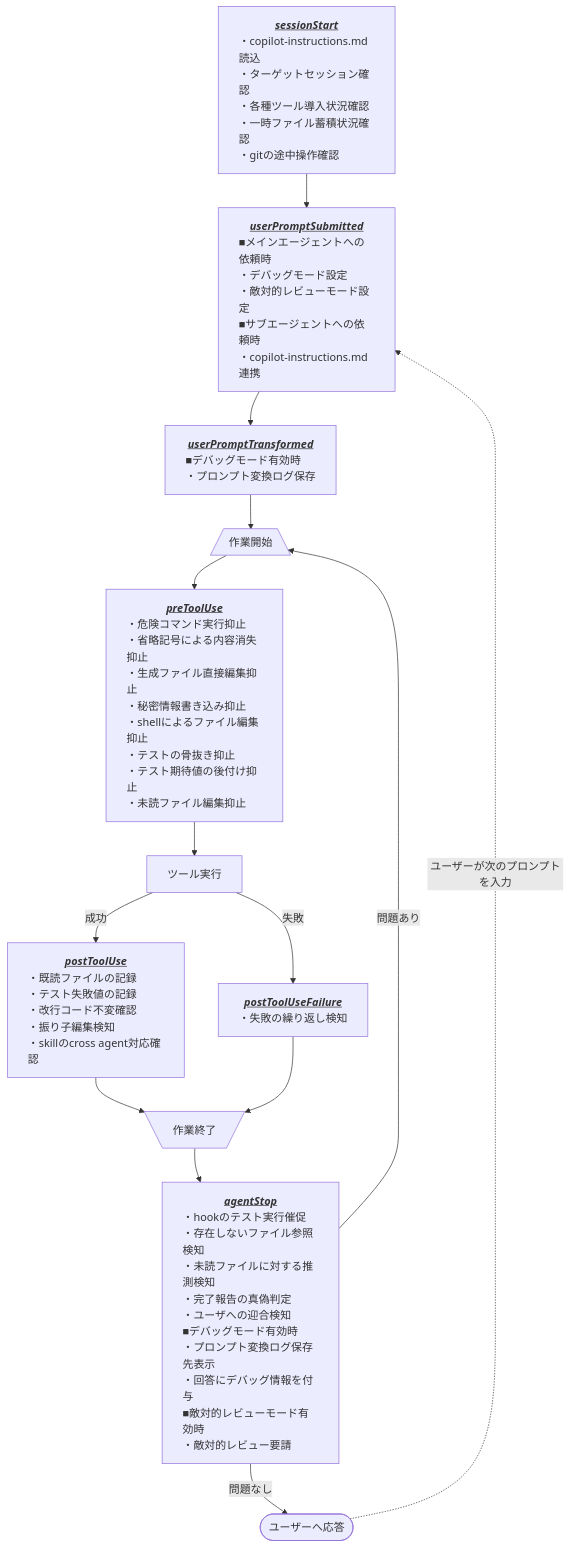
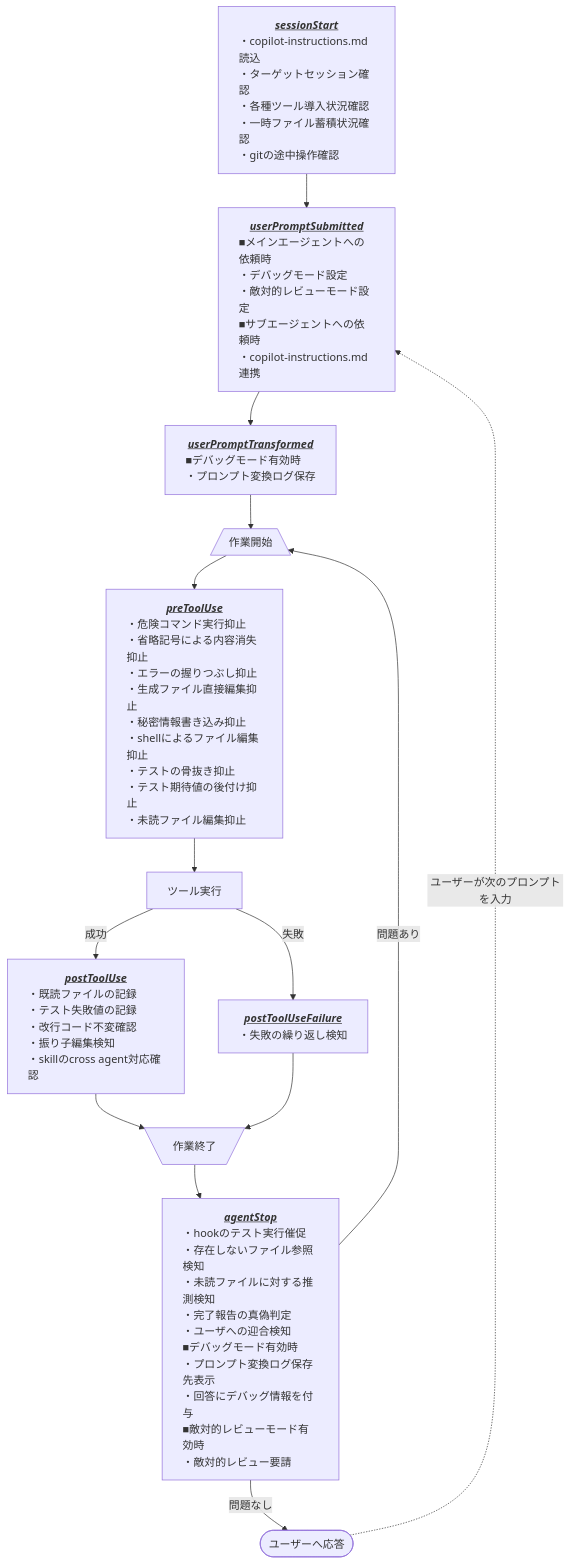
The diagram in .github/README.md (Widthdom/GHCAgentRefinement), drawn with Mermaid before and after one commit. The commit also changed other lines of this file and 5 other files, not shown here.

````diff
--- a/.github/README.md
+++ b/.github/README.md
@@ -20,33 +20,33 @@
 ```mermaid
 flowchart TD
 
     sessionStart["<b><i><u>sessionStart</u></i></b><br/><div style='text-align: left'>・copilot-instructions.md読込<br/>・ターゲットセッション確認<br/>・各種ツール導入状況確認<br/>・一時ファイル蓄積状況確認<br/>・gitの途中操作確認</div>"]
 
     userPromptSubmitted["<b><i><u>userPromptSubmitted</u></i></b><br/><div style='text-align: left'>■メインエージェントへの依頼時<br/>・デバッグモード設定<br/>・敵対的レビューモード設定<br/>■サブエージェントへの依頼時<br/>・copilot-instructions.md連携</div>"]
 
     userPromptTransformed["<b><i><u>userPromptTransformed</u></i></b><br/><div style='text-align: left'>■デバッグモード有効時<br/>・プロンプト変換ログ保存</div>"]
 
     LoopStart[/作業開始\]
 
-    preToolUse["<b><i><u>preToolUse</u></i></b><br/><div style='text-align: left'>・危険コマンド実行抑止<br/>・省略記号による内容消失抑止<br/>・生成ファイル直接編集抑止<br/>・秘密情報書き込み抑止<br/>・shellによるファイル編集抑止<br/>・テストの骨抜き抑止<br/>・テスト期待値の後付け抑止<br/>・未読ファイル編集抑止</div>"]
+    preToolUse["<b><i><u>preToolUse</u></i></b><br/><div style='text-align: left'>・危険コマンド実行抑止<br/>・省略記号による内容消失抑止<br/>・エラーの握りつぶし抑止<br/>・生成ファイル直接編集抑止<br/>・秘密情報書き込み抑止<br/>・shellによるファイル編集抑止<br/>・テストの骨抜き抑止<br/>・テスト期待値の後付け抑止<br/>・未読ファイル編集抑止</div>"]
 
     runTool["ツール実行"]
 
     postToolUse["<b><i><u>postToolUse</u></i></b><br/><div style='text-align: left'>・既読ファイルの記録<br/>・テスト失敗値の記録<br/>・改行コード不変確認<br/>・振り子編集検知<br/>・skillのcross agent対応確認</div>"]
 
     postToolUseFailure["<b><i><u>postToolUseFailure</u></i></b><br/><div style='text-align: left'>・失敗の繰り返し検知</div>"]
 
     LoopEnd[\作業終了/]
 
     agentStop["<b><i><u>agentStop</u></i></b><br/><div style='text-align: left'>・hookのテスト実行催促<br/>・存在しないファイル参照検知<br/>・未読ファイルに対する推測検知<br/>・完了報告の真偽判定<br/>・ユーザへの迎合検知<br/>■デバッグモード有効時<br/>・プロンプト変換ログ保存先表示<br/>・回答にデバッグ情報を付与<br/>■敵対的レビューモード有効時<br/>・敵対的レビュー要請<br/></div>"]
 
     responseToUser(["ユーザーへ応答"])
 
     sessionStart --> userPromptSubmitted --> userPromptTransformed --> LoopStart --> preToolUse --> runTool
     runTool -- "成功" --> postToolUse --> LoopEnd
     runTool -- "失敗" --> postToolUseFailure --> LoopEnd
     LoopEnd --> agentStop
     agentStop -- "問題あり" --> LoopStart
     agentStop -- "問題なし" --> responseToUser
     responseToUser -. "ユーザーが次のプロンプトを入力" .-> userPromptSubmitted
 ```
````
